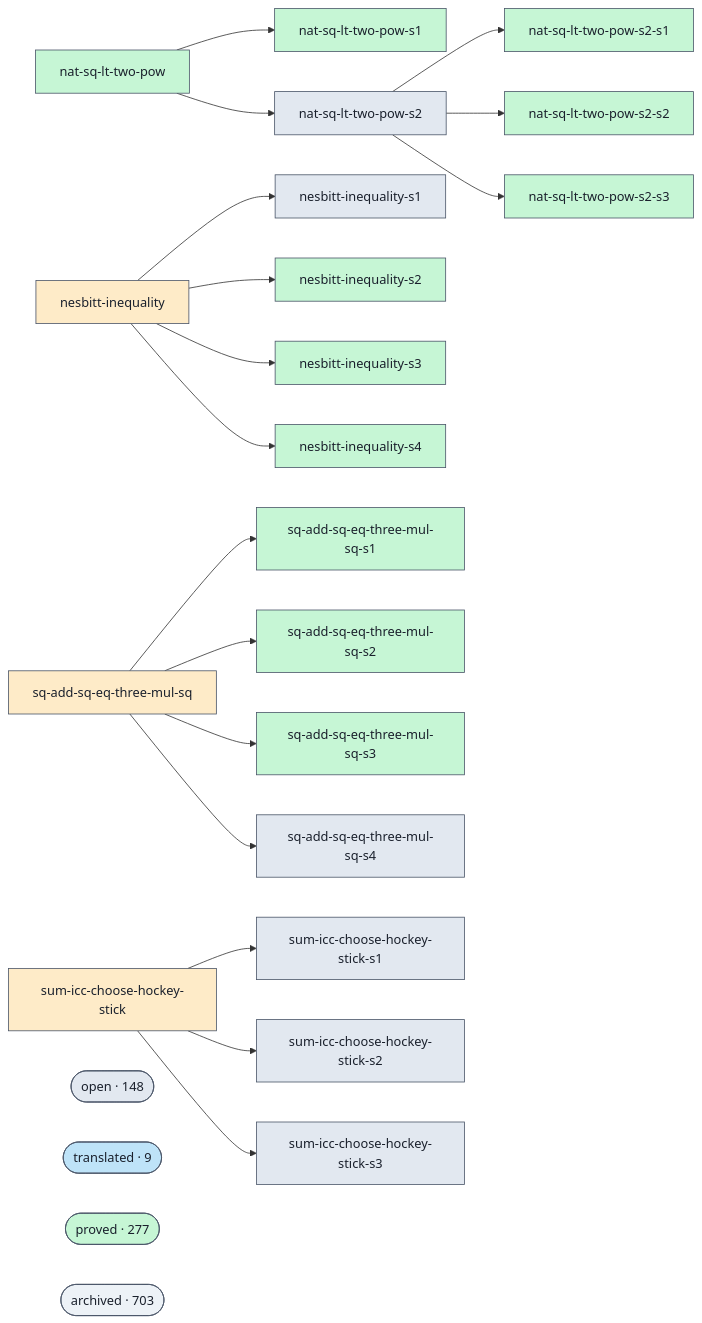
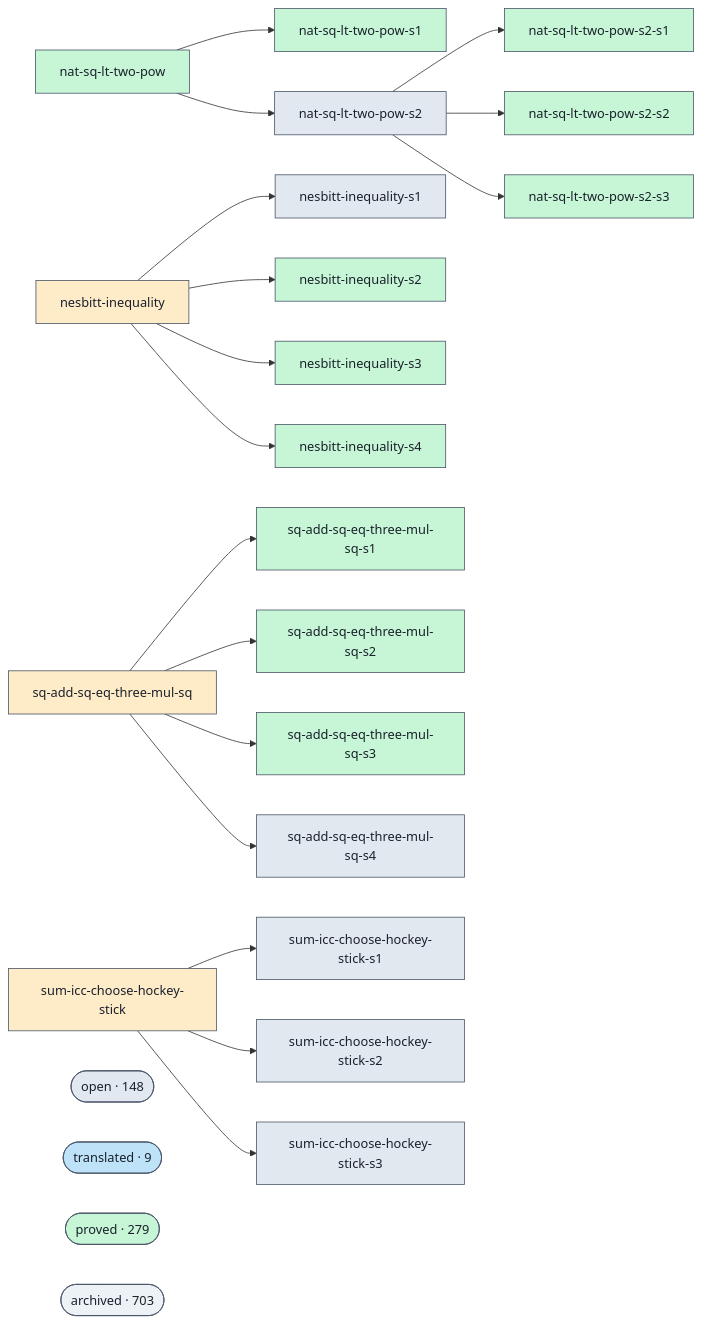
Before and after one commit to ohdearquant/unsorry: the diagram in docs/proofs-contributors-visualisation.md, drawn with Mermaid. The commit also changed other lines of this file and 2 other files, not shown here.

```diff
--- a/docs/proofs-contributors-visualisation.md
+++ b/docs/proofs-contributors-visualisation.md
@@ -102,7 +102,7 @@
   class cluster_open open;
   cluster_translated(["translated · 9"])
   class cluster_translated translated;
-  cluster_proved(["proved · 277"])
+  cluster_proved(["proved · 279"])
   class cluster_proved proved;
   cluster_archived(["archived · 703"])
   class cluster_archived unknown;
```
